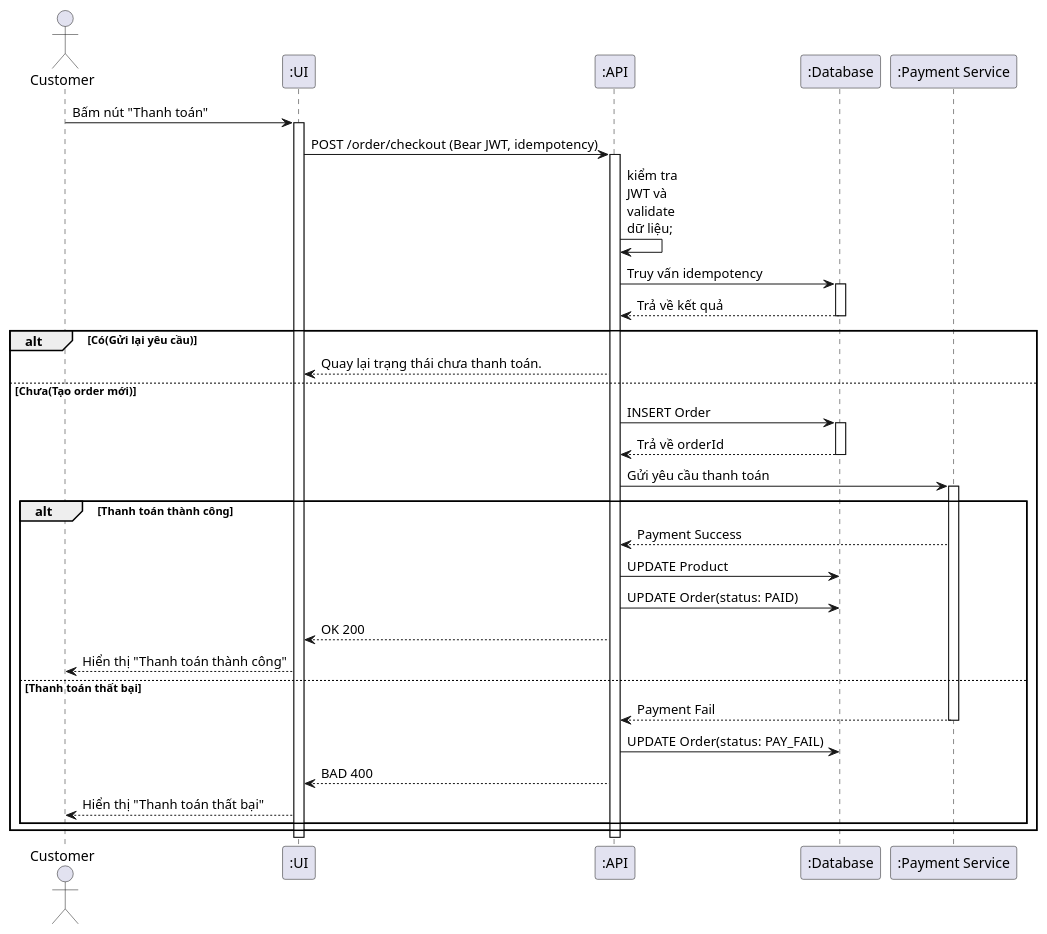
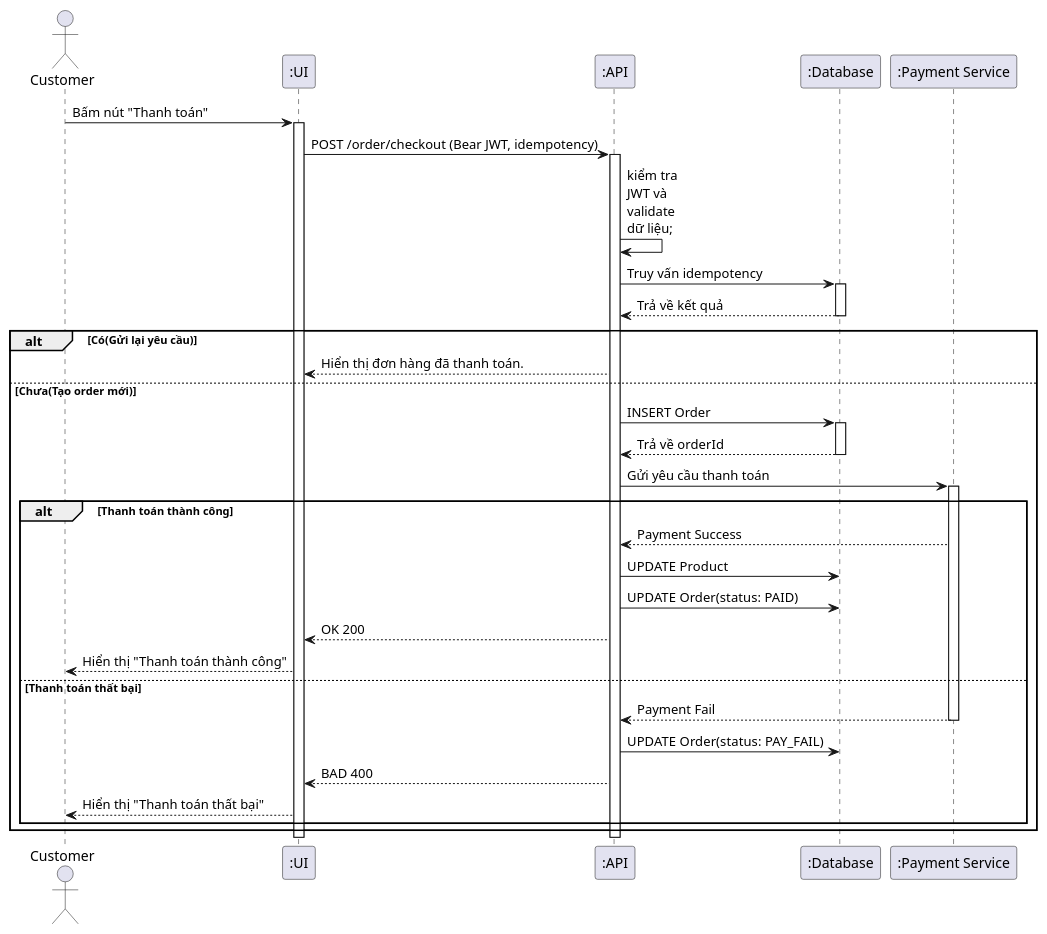
One commit to nvthuan06/brewlite changed the diagram in docs/diagrams/sequence-diagram/FR-07_checkout/sequence-checkout.puml. Above: the diagram before and after it, drawn with PlantUML. The commit also changed 7 other files, not shown here.

```diff
--- a/docs/diagrams/sequence-diagram/FR-07_checkout/sequence-checkout.puml
+++ b/docs/diagrams/sequence-diagram/FR-07_checkout/sequence-checkout.puml
@@ -1,54 +1,54 @@
 @startuml checkout
 actor Customer
 participant ":UI" as UI
 participant ":API" as API
 participant ":Database" as DB
 participant ":Payment Service" as Payment
 
 Customer -> UI : Bấm nút "Thanh toán"
 activate UI
 
 UI -> API : POST /order/checkout (Bear JWT, idempotency)
 activate API
 
 API -> API : kiểm tra\nJWT và\nvalidate\ndữ liệu;
 
 API -> DB : Truy vấn idempotency
 activate DB
 DB --> API : Trả về kết quả
 deactivate DB
 
 alt Có(Gửi lại yêu cầu)
-    API --> UI : Quay lại trạng thái chưa thanh toán.
+    API --> UI : Hiển thị đơn hàng đã thanh toán.
 else Chưa(Tạo order mới)
     API -> DB : INSERT Order
     activate DB
     DB --> API : Trả về orderId
     deactivate DB
     
     API -> Payment : Gửi yêu cầu thanh toán
     activate Payment
     
     alt Thanh toán thành công
         Payment --> API : Payment Success
         
         API -> DB : UPDATE Product
         API -> DB : UPDATE Order(status: PAID)
         
         API --> UI : OK 200
         UI --> Customer : Hiển thị "Thanh toán thành công"
         
     else Thanh toán thất bại
         Payment --> API : Payment Fail
         deactivate Payment
         
         API -> DB : UPDATE Order(status: PAY_FAIL)
         
         API --> UI : BAD 400
         UI --> Customer : Hiển thị "Thanh toán thất bại"
     end
 end
 
 deactivate API
 deactivate UI
 @enduml
```
